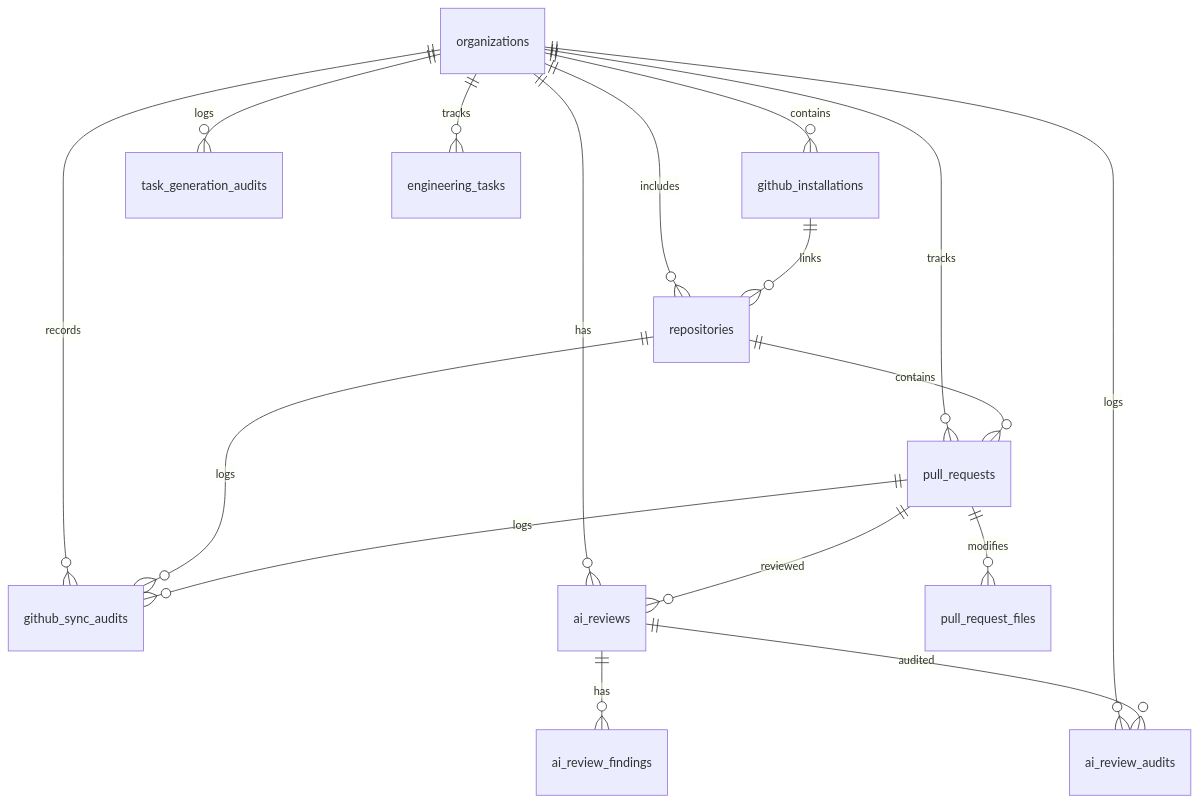
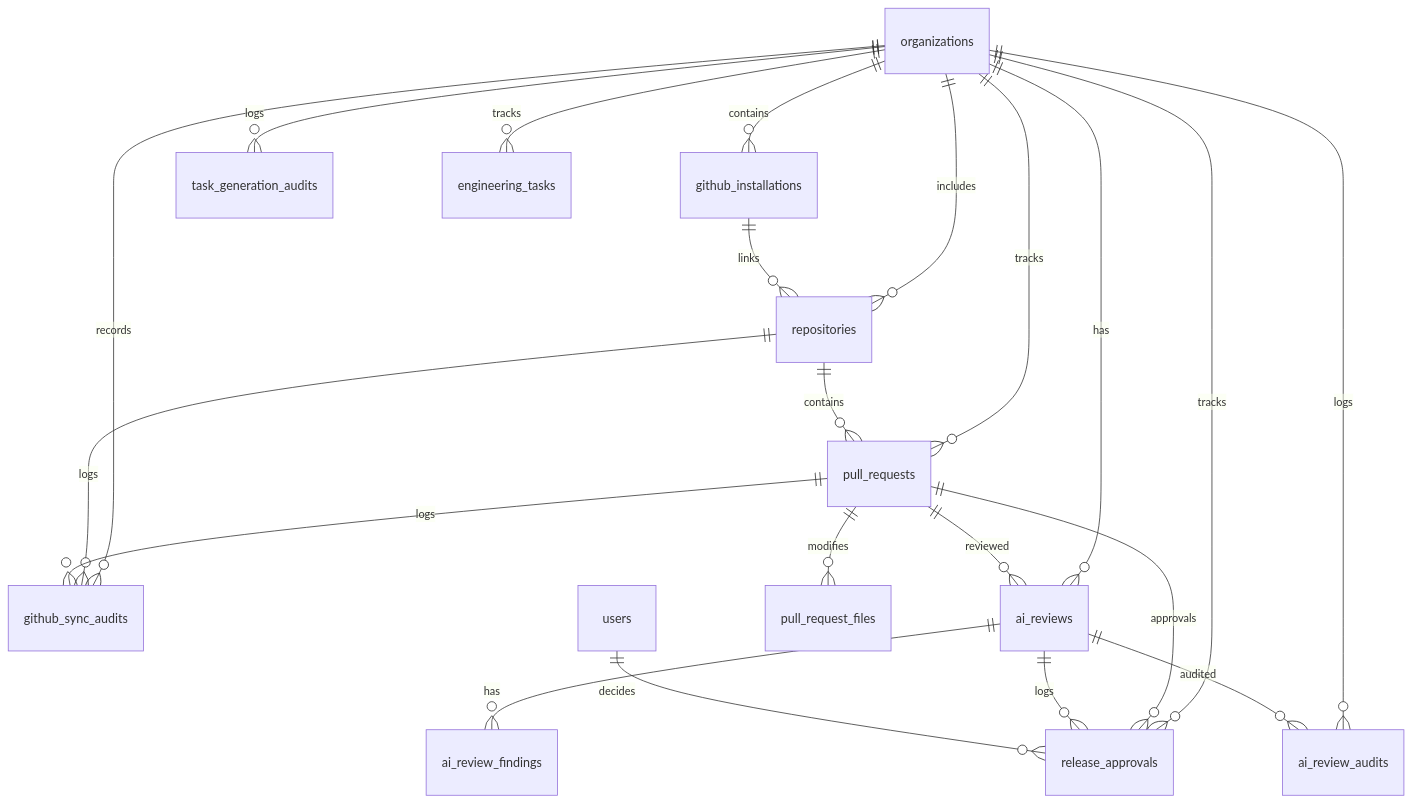
Before and after one commit to Satya7250/Launchly: the first of 7 diagrams in README.md, drawn with Mermaid. The commit also changed other lines of this file and 19 other files, not shown here.

Commit message:
feat: implement release approval system with new database schema, trpc routes, and UI components

````diff
--- a/README.md
+++ b/README.md
@@ -115,20 +115,24 @@
 ```mermaid
 erDiagram
     organizations ||--o{ github_installations : contains
     organizations ||--o{ github_sync_audits : records
     organizations ||--o{ repositories : includes
     organizations ||--o{ pull_requests : tracks
     organizations ||--o{ task_generation_audits : logs
     organizations ||--o{ engineering_tasks : tracks
     organizations ||--o{ ai_reviews : has
     organizations ||--o{ ai_review_audits : logs
+    organizations ||--o{ release_approvals : tracks
 
     github_installations ||--o{ repositories : links
     repositories ||--o{ pull_requests : contains
     repositories ||--o{ github_sync_audits : logs
     pull_requests ||--o{ pull_request_files : modifies
     pull_requests ||--o{ github_sync_audits : logs
     pull_requests ||--o{ ai_reviews : reviewed
+    pull_requests ||--o{ release_approvals : approvals
     ai_reviews ||--o{ ai_review_findings : has
     ai_reviews ||--o{ ai_review_audits : audited
+    ai_reviews ||--o{ release_approvals : logs
+    users ||--o{ release_approvals : decides
 ```
````
